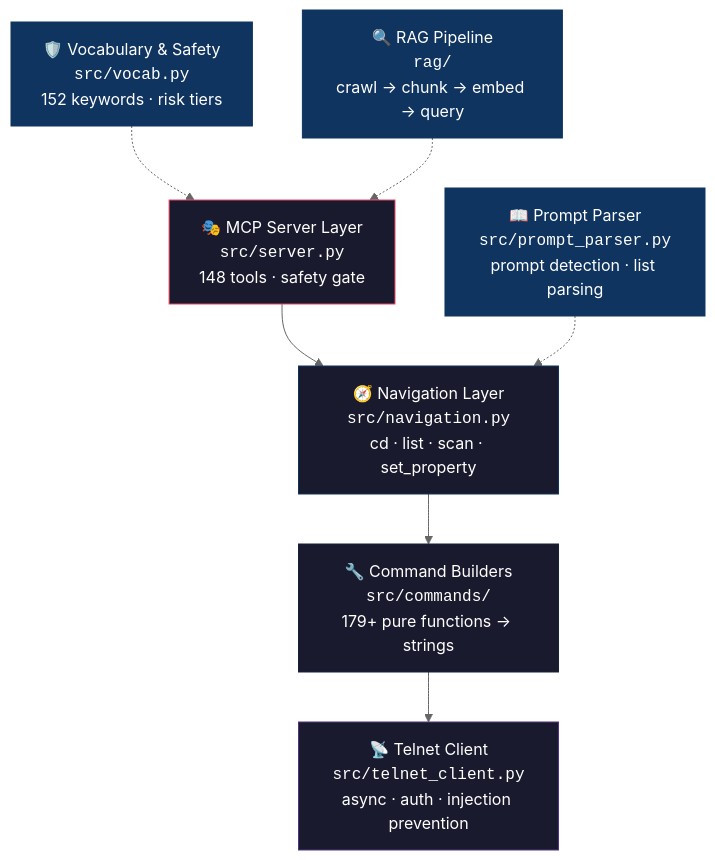
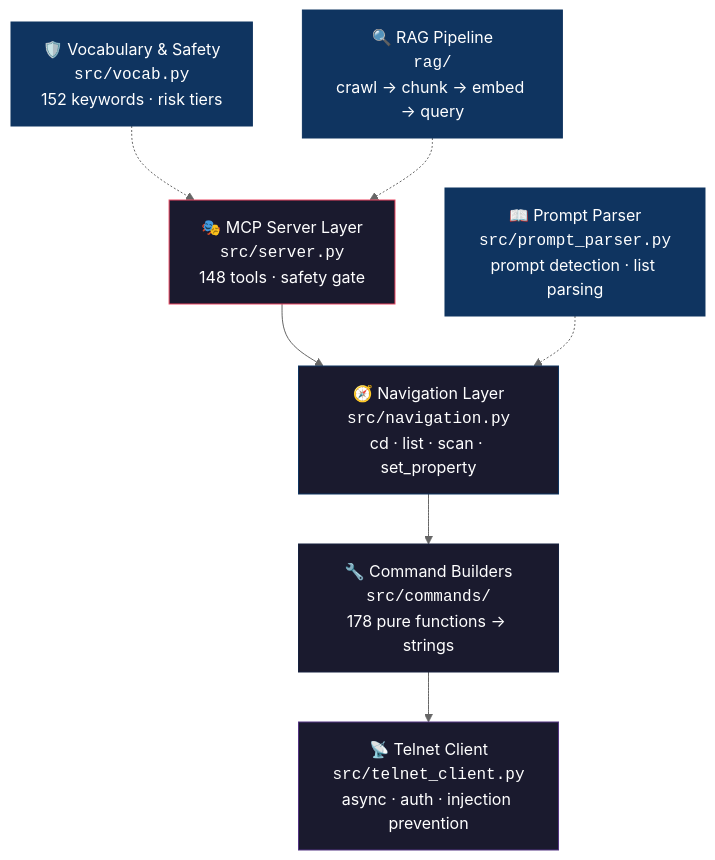
Before and after one commit to thisis-romar/ma2-onPC-MCP: the first of 3 diagrams in README.md, drawn with Mermaid (neutral theme). The commit also changed other lines of this file and 2 other files, not shown here.

First line of the commit message:
docs: fix tool ranges, command builder count, and resource count

````diff
--- a/README.md
+++ b/README.md
@@ -55,19 +55,19 @@
 ```mermaid
 graph TD
     A["🎭 MCP Server Layer<br/><code>src/server.py</code><br/>148 tools · safety gate"] --> B
     B["🧭 Navigation Layer<br/><code>src/navigation.py</code><br/>cd · list · scan · set_property"] --> C
-    C["🔧 Command Builders<br/><code>src/commands/</code><br/>179+ pure functions → strings"] --> D
+    C["🔧 Command Builders<br/><code>src/commands/</code><br/>178 pure functions → strings"] --> D
     D["📡 Telnet Client<br/><code>src/telnet_client.py</code><br/>async · auth · injection prevention"]
 
     E["📖 Prompt Parser<br/><code>src/prompt_parser.py</code><br/>prompt detection · list parsing"] -.-> B
     F["🛡️ Vocabulary & Safety<br/><code>src/vocab.py</code><br/>152 keywords · risk tiers"] -.-> A
     G["🔍 RAG Pipeline<br/><code>rag/</code><br/>crawl → chunk → embed → query"] -.-> A
 
     style A fill:#1a1a2e,stroke:#e94560,color:#fff
     style B fill:#1a1a2e,stroke:#0f3460,color:#fff
     style C fill:#1a1a2e,stroke:#16213e,color:#fff
     style D fill:#1a1a2e,stroke:#533483,color:#fff
     style E fill:#0f3460,stroke:#0f3460,color:#fff
     style F fill:#0f3460,stroke:#0f3460,color:#fff
     style G fill:#0f3460,stroke:#0f3460,color:#fff
 ```
````
